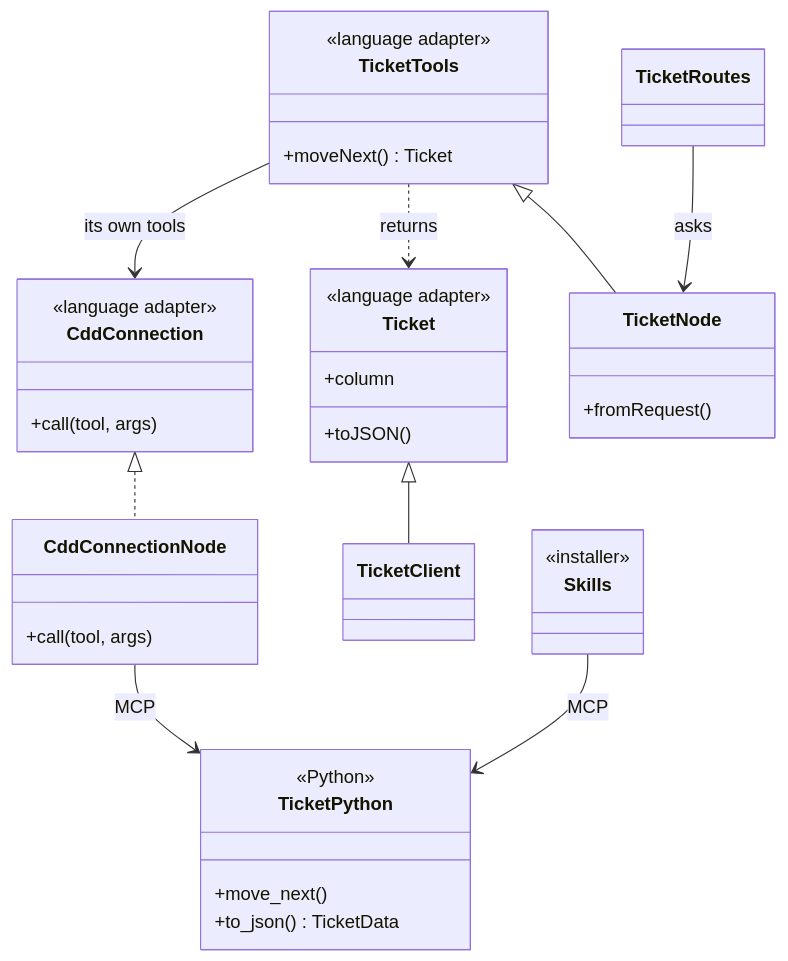
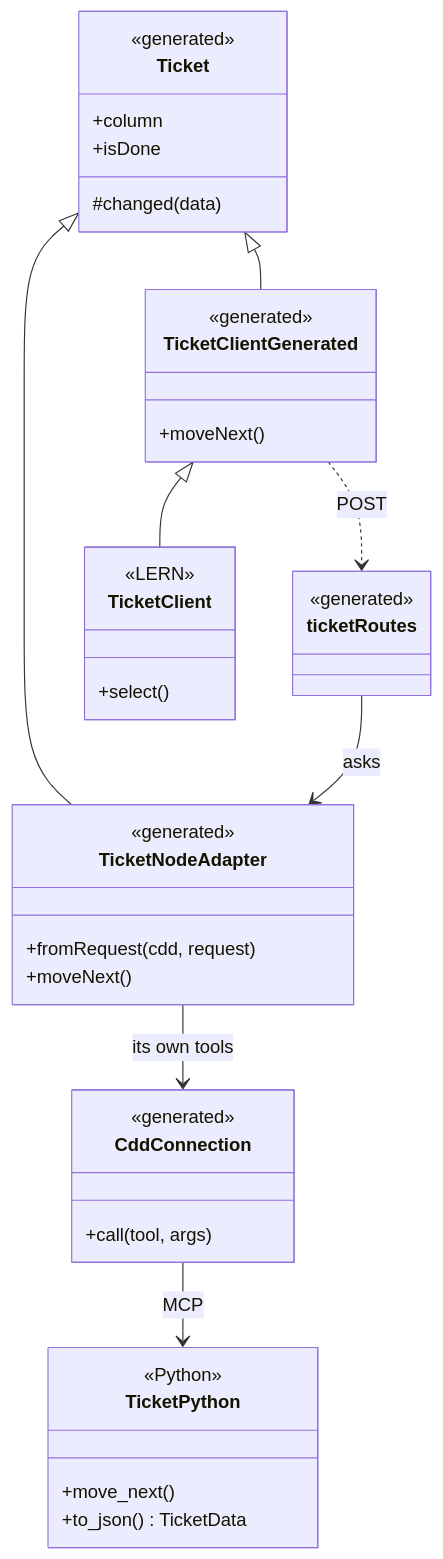
Before and after one commit to abd-works/abd-context-driven-delivery: the first of 2 diagrams in cdd_guidance/patterns/cdd_access/cdd_access.md, drawn with Mermaid. The commit also changed other lines of this file and 114 other files, not shown here.

First line of the commit message:
CDD access: generate the server adapter, browser client, and routes for each object

````diff
--- a/cdd_guidance/patterns/cdd_access/cdd_access.md
+++ b/cdd_guidance/patterns/cdd_access/cdd_access.md
@@ -22,41 +34,42 @@
 ```mermaid
 classDiagram
   class TicketPython {
     <<Python>>
     +move_next()
     +to_json() TicketData
   }
   class Ticket {
-    <<language adapter>>
+    <<generated>>
     +column
-    +toJSON()
+    +isDone
+    #changed(data)
   }
-  class TicketTools {
-    <<language adapter>>
-    +moveNext() Ticket
+  class TicketNodeAdapter {
+    <<generated>>
+    +fromRequest(cdd, request)
+    +moveNext()
+  }
+  class TicketClientGenerated {
+    <<generated>>
+    +moveNext()
+  }
+  class ticketRoutes {
+    <<generated>>
   }
   class CddConnection {
-    <<language adapter>>
+    <<generated>>
     +call(tool, args)
   }
-  class CddConnectionNode {
-    +call(tool, args)
-  }
-  class TicketNode {
-    +fromRequest()
-  }
-  class TicketClient
-  class TicketRoutes
-  class Skills {
-    <<installer>>
+  class TicketClient {
+    <<LERN>>
+    +select()
   }
 
-  TicketTools <|-- TicketNode
-  Ticket <|-- TicketClient
-  TicketTools ..> Ticket : returns
-  TicketTools --> CddConnection : its own tools
-  CddConnection <|.. CddConnectionNode
-  CddConnectionNode --> TicketPython : MCP
-  TicketRoutes --> TicketNode : asks
-  Skills --> TicketPython : MCP
+  Ticket <|-- TicketNodeAdapter
+  Ticket <|-- TicketClientGenerated
+  TicketClientGenerated <|-- TicketClient
+  TicketClientGenerated ..> ticketRoutes : POST
+  ticketRoutes --> TicketNodeAdapter : asks
+  TicketNodeAdapter --> CddConnection : its own tools
+  CddConnection --> TicketPython : MCP
 ```
````
